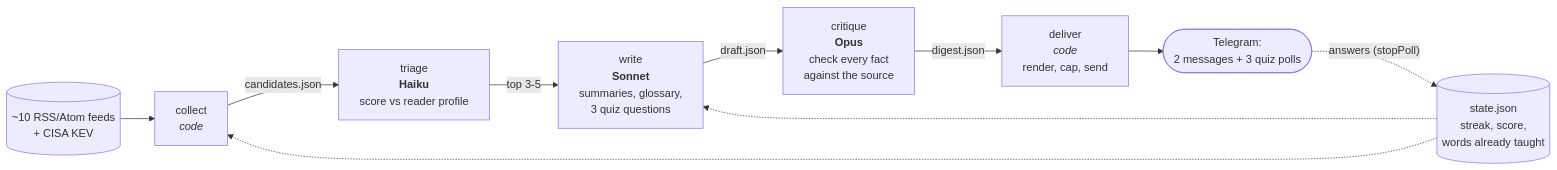
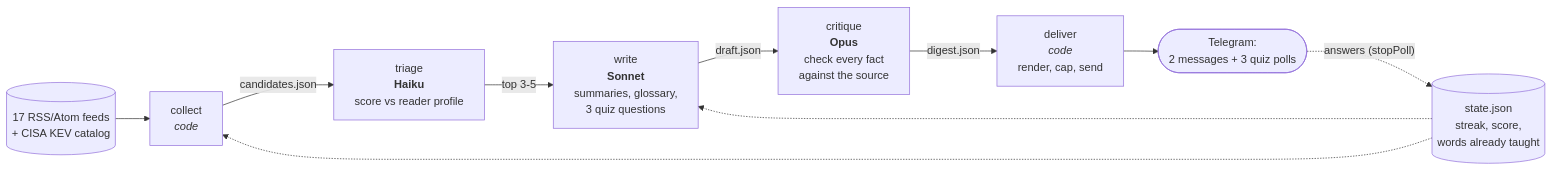
The diagram in README.md (metap00/Cybersecurity_News), drawn with Mermaid before and after one commit. The commit also changed other lines of this file and 6 other files, not shown here.

````diff
--- a/README.md
+++ b/README.md
@@ -27,12 +27,12 @@
 ```mermaid
 flowchart LR
-    F[("~10 RSS/Atom feeds<br/>+ CISA KEV")] --> C["collect<br/><i>code</i>"]
+    F[("17 RSS/Atom feeds<br/>+ CISA KEV catalog")] --> C["collect<br/><i>code</i>"]
     C -->|candidates.json| T["triage<br/><b>Haiku</b><br/>score vs reader profile"]
     T -->|top 3-5| W["write<br/><b>Sonnet</b><br/>summaries, glossary,<br/>3 quiz questions"]
     W -->|draft.json| K["critique<br/><b>Opus</b><br/>check every fact<br/>against the source"]
     K -->|digest.json| D["deliver<br/><i>code</i><br/>render, cap, send"]
     D --> TG(["Telegram:<br/>2 messages + 3 quiz polls"])
     TG -. "answers (stopPoll)" .-> S[("state.json<br/>streak, score,<br/>words already taught")]
     S -.-> C
     S -.-> W
 ```
````
